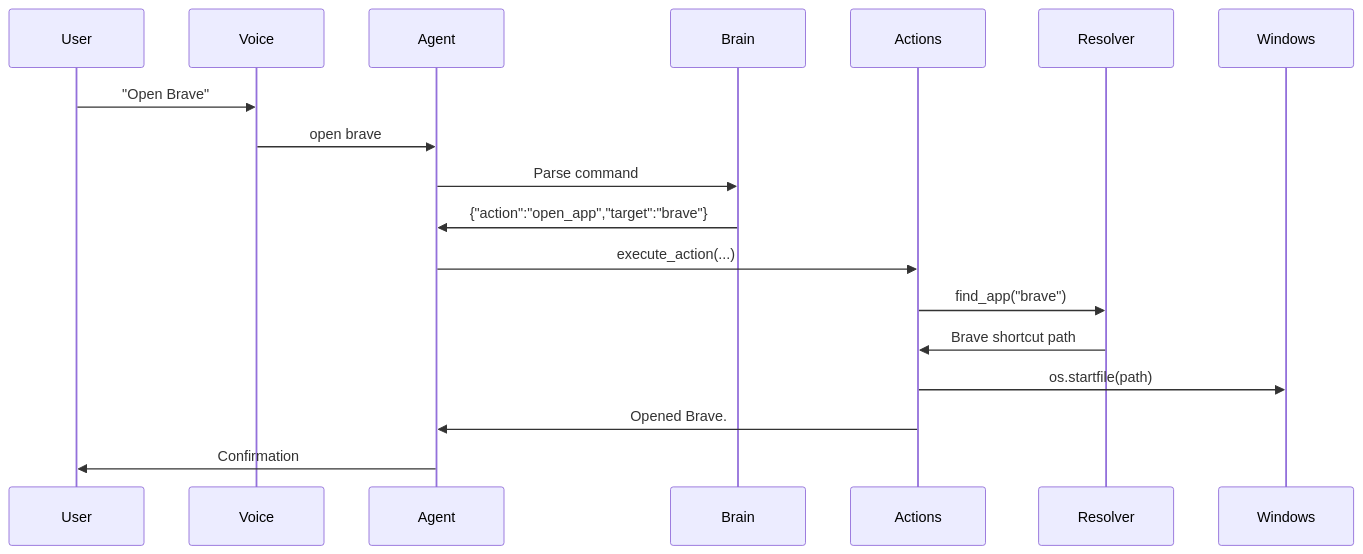
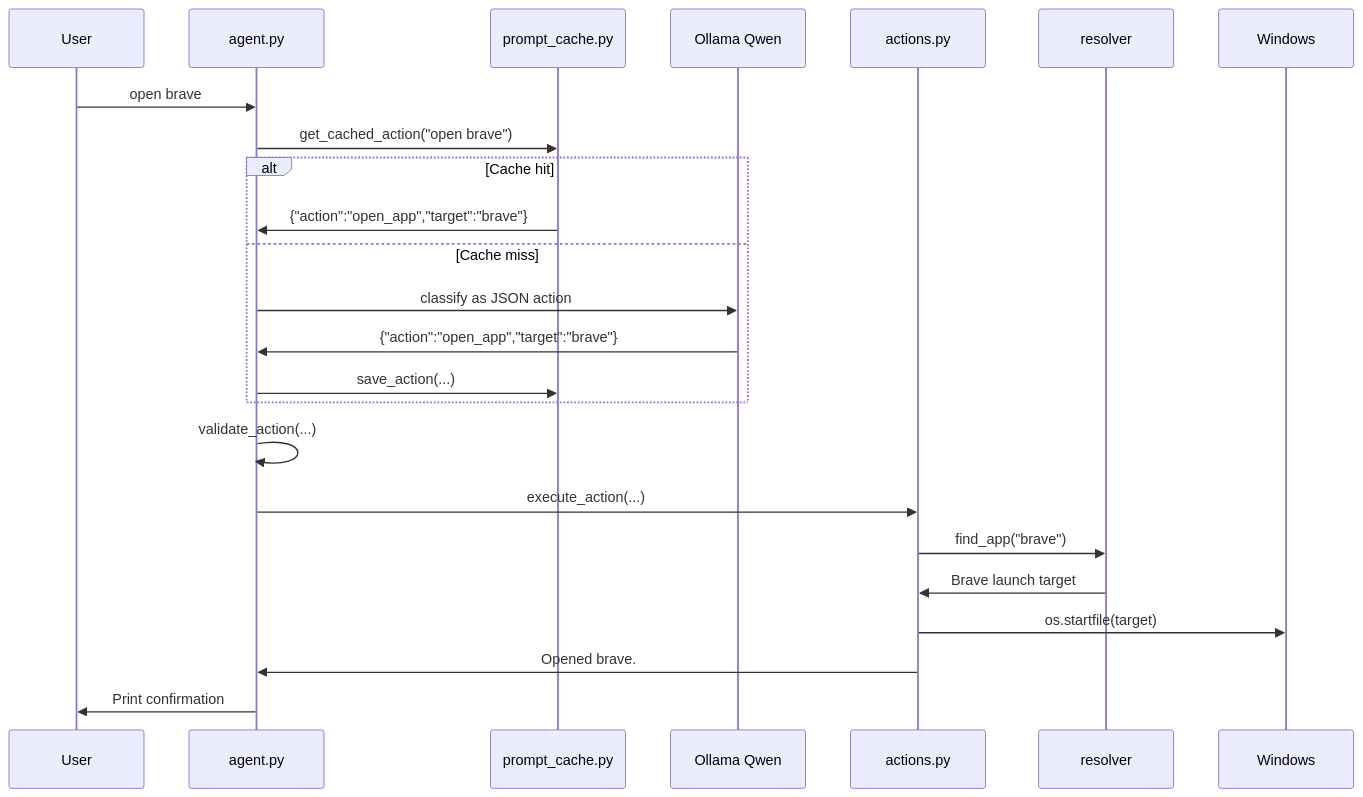
One commit to ayush60728/Agent changed the eighth of 8 diagrams in personal-agent/CODEBASE_WALKTHROUGH.md. Above: the diagram before and after it, drawn with Mermaid. The commit also changed other lines of this file and 11 other files, not shown here.

````diff
--- a/personal-agent/CODEBASE_WALKTHROUGH.md
+++ b/personal-agent/CODEBASE_WALKTHROUGH.md
@@ -400,21 +497,27 @@
 ```mermaid
 sequenceDiagram
     participant U as User
-    participant V as Voice
-    participant A as Agent
-    participant B as Brain
-    participant X as Actions
-    participant R as Resolver
+    participant A as agent.py
+    participant C as prompt_cache.py
+    participant Q as Ollama Qwen
+    participant X as actions.py
+    participant R as resolver
     participant W as Windows
 
-    U->>V: "Open Brave"
-    V->>A: open brave
-    A->>B: Parse command
-    B->>A: {"action":"open_app","target":"brave"}
+    U->>A: open brave
+    A->>C: get_cached_action("open brave")
+    alt Cache hit
+        C->>A: {"action":"open_app","target":"brave"}
+    else Cache miss
+        A->>Q: classify as JSON action
+        Q->>A: {"action":"open_app","target":"brave"}
+        A->>C: save_action(...)
+    end
+    A->>A: validate_action(...)
     A->>X: execute_action(...)
     X->>R: find_app("brave")
-    R->>X: Brave shortcut path
-    X->>W: os.startfile(path)
-    X->>A: Opened Brave.
-    A->>U: Confirmation
+    R->>X: Brave launch target
+    X->>W: os.startfile(target)
+    X->>A: Opened brave.
+    A->>U: Print confirmation
 ```
````
